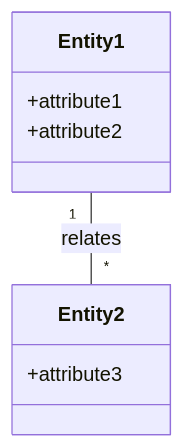
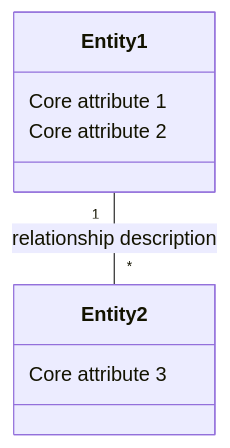
One commit to charlesmu99/speccrew changed the ninth of 9 diagrams in .speccrew/skills/speccrew-pm-requirement-analysis/templates/BIZS-MODELING-TEMPLATE.md. Above: the diagram before and after it, drawn with Mermaid. The commit also changed other lines of this file and 6 other files, not shown here.

````diff
--- a/.speccrew/skills/speccrew-pm-requirement-analysis/templates/BIZS-MODELING-TEMPLATE.md
+++ b/.speccrew/skills/speccrew-pm-requirement-analysis/templates/BIZS-MODELING-TEMPLATE.md
@@ -228,11 +230,11 @@
 ```mermaid
 classDiagram
     class Entity1 {
-        +attribute1
-        +attribute2
+        Core attribute 1
+        Core attribute 2
     }
     class Entity2 {
-        +attribute3
+        Core attribute 3
     }
-    Entity1 "1" -- "*" Entity2 : relates
+    Entity1 "1" -- "*" Entity2 : relationship description
 ```
````
